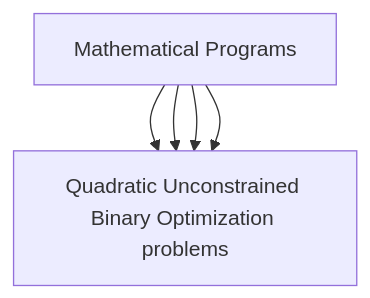
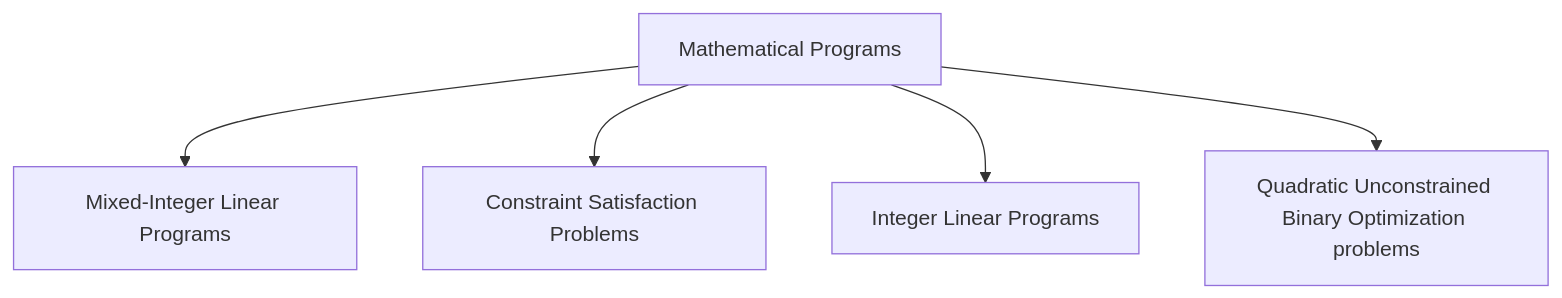
Before and after one commit to NodesOnFire/GBP-MPs: the diagram in README.md, drawn with Mermaid.

````diff
--- a/README.md
+++ b/README.md
@@ -4,7 +4,7 @@
 ```mermaid
 graph TD;
     MPs["Mathematical Programs"] --> MILP["Mixed-Integer Linear Programs"];
-    MPs["Mathematical Programs"] --> MILP["Constraint Satisfaction Problems"];
-    MPs["Mathematical Programs"] --> MILP["Integer Linear Programs"];
-    MPs["Mathematical Programs"] --> MILP["Quadratic Unconstrained Binary Optimization problems"];
+    MPs["Mathematical Programs"] --> CSP["Constraint Satisfaction Problems"];
+    MPs["Mathematical Programs"] --> ILP["Integer Linear Programs"];
+    MPs["Mathematical Programs"] --> QUBO["Quadratic Unconstrained Binary Optimization problems"];
 ```
````
